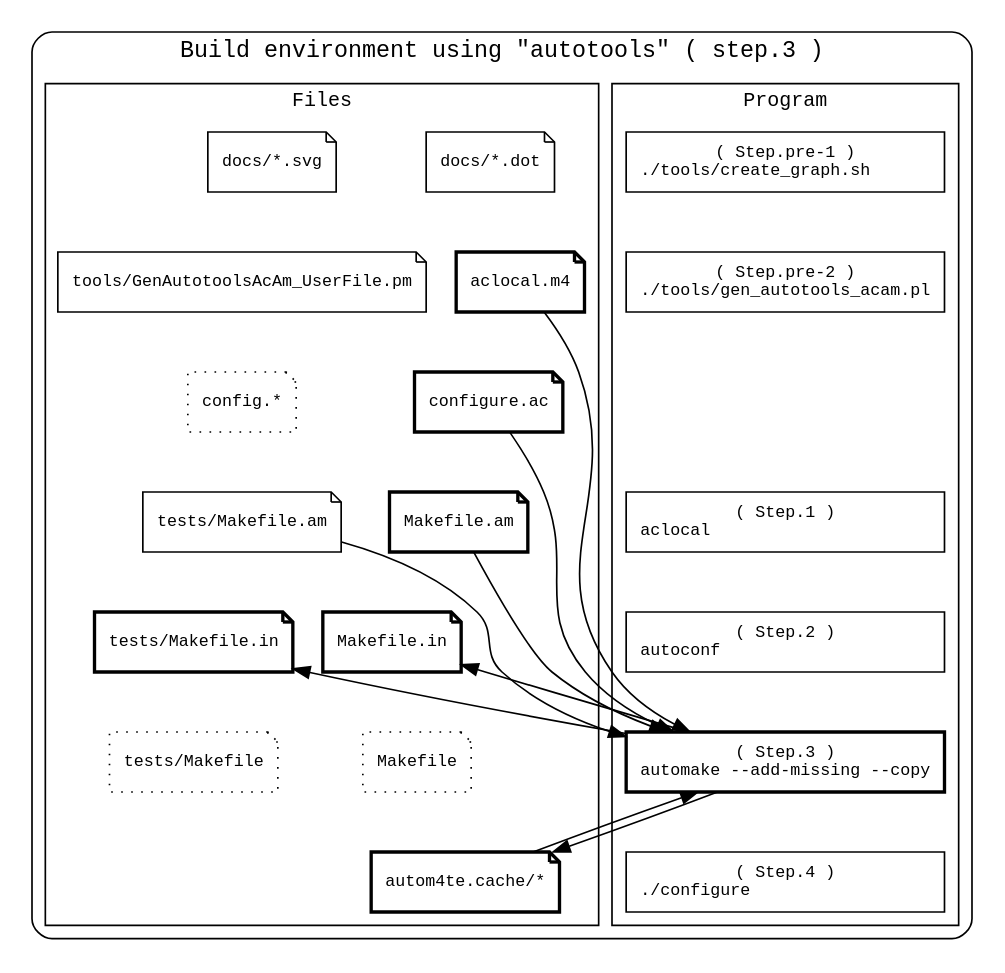
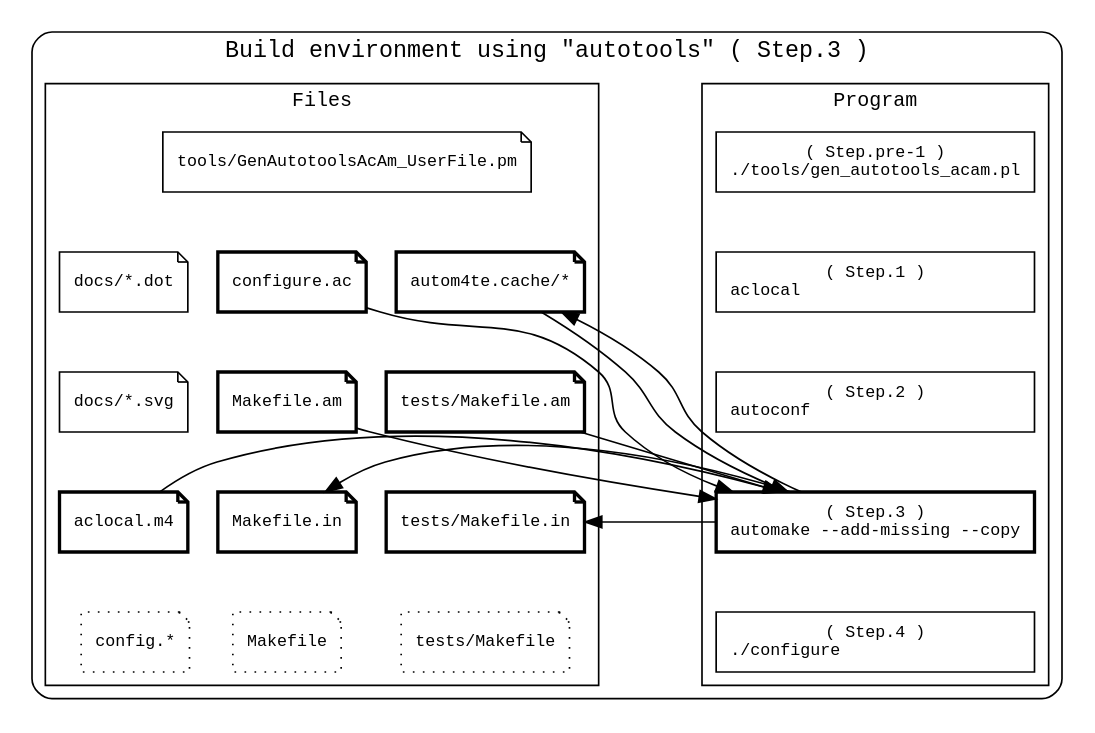
One commit to tomyama-code/tomyama_script_collection changed the diagram in docs/devel_step_1_3.dot. Above: the diagram before and after it, drawn with Graphviz. The commit also changed 26 other files, not shown here.

```diff
--- a/docs/devel_step_1_3.dot
+++ b/docs/devel_step_1_3.dot
@@ -1,84 +1,89 @@
-// File: docs/devel_step_1_3.dot
+// File: docs/devel_step_0.dot
 // Author: tomyama
 // Purpose: Development workflow diagram
 
 digraph physical_directory_structure {
     newrank=true
     constraint=false
 
     // 全体に等幅フォントを適用
     //   ex) "monospace", "Courier", "Courier New", "Consolas", "Monaco"
     graph [fontname="monospace"]
     node  [fontname="monospace", fontsize=10, penwidth=1]
     edge  [fontname="monospace"]
 
     // 図全体を囲うクラスタ
     subgraph cluster_all {
 
-        label = "Build environment using \"autotools\" ( step.3 )"
+        label = "Build environment using \"autotools\" ( Step.3 )"
         style = "rounded"   // 角を丸くする
         color = "black"     // 枠線の色
         penwidth = 1        // 枠線の太さ
 
         // プログラム
         subgraph cluster_program {
             label = "Program"
             style = "solid"
             penwidth = 1        // 枠線の太さ
             fontsize=12
             {
                 edge [style=invis];
-                program01 -> program02 -> program99 -> program03 -> program04 -> program05 -> program06
+                program01 -> program02 -> program03 -> program04 -> program05
             }
-            program01 [shape=box, style=solid , label="( Step.pre-1 )\n./tools/create_graph.sh      "]
-            program02 [shape=box, style=solid , label="( Step.pre-2 )\n./tools/gen_autotools_acam.pl"]
-            program99 [shape=box, style=invis]
-            program03 [shape=box, style=solid , label="( Step.1 )\naclocal                      "]
-            program04 [shape=box, style=solid , label="( Step.2 )\nautoconf                     "]
-            program05 [shape=box, style=solid , label="( Step.3 )\nautomake --add-missing --copy", penwidth=2]
-            program06 [shape=box, style=solid , label="( Step.4 )\n./configure                  "]
+            program01 [shape=box, style=solid , label="( Step.pre-1 )\n./tools/gen_autotools_acam.pl"]
+            program02 [shape=box, style=solid , label="( Step.1 )\naclocal                      "]
+            program03 [shape=box, style=solid , label="( Step.2 )\nautoconf                     "]
+            program04 [shape=box, style=solid , label="( Step.3 )\nautomake --add-missing --copy", penwidth=2]
+            program05 [shape=box, style=solid , label="( Step.4 )\n./configure                  "]
         }
 
         // ファイル
         subgraph cluster_file {
             label = "Files"
             style = "solid"
             penwidth = 1        // 枠線の太さ
             fontsize=12
             {
                 edge [style=invis];
-                file01 -> file02 -> file03 -> file04 -> file05 -> file06 -> file07
-                file08 -> file09 -> file10 -> file11 -> file12 -> file13
-                file01 -> file08
+                file13 -> file01 -> file02 -> file03 -> file04
+                file13 -> file05 -> file06 -> file07 -> file08
+                file13 -> file09 -> file10 -> file11 -> file12
             }
+
+            file13 [shape=note, style=solid , label="tools/GenAutotoolsAcAm_UserFile.pm"]
             file01 [shape=note, style=solid , label="docs/*.dot"]
-            file02 [shape=note, style=solid , label="aclocal.m4", penwidth=2]
-            file03 [shape=note, style=solid , label="configure.ac", penwidth=2]
-            file04 [shape=note, style=solid , label="Makefile.am", penwidth=2]
-            file05 [shape=note, style=solid , label="Makefile.in", penwidth=2]
-            file06 [shape=note, style=dotted, label="Makefile"]
-            file07 [shape=note, style=solid , label="autom4te.cache/*", penwidth=2]
-            file08 [shape=note, style=solid , label="docs/*.svg"]
-            file09 [shape=note, style=solid , label="tools/GenAutotoolsAcAm_UserFile.pm"]
-            file10 [shape=note, style=dotted, label="config.*"]
-            file11 [shape=note, style=solid , label="tests/Makefile.am"]
-            file12 [shape=note, style=solid , label="tests/Makefile.in", penwidth=2]
-            file13 [shape=note, style=dotted, label="tests/Makefile"]
+            file02 [shape=note, style=solid , label="docs/*.svg"]
+            file03 [shape=note, style=solid , label="aclocal.m4", penwidth=2]
+            file04 [shape=note, style=dotted, label="config.*"]
+            file05 [shape=note, style=solid , label="configure.ac", penwidth=2]
+            file06 [shape=note, style=solid , label="Makefile.am", penwidth=2]
+            file07 [shape=note, style=solid , label="Makefile.in", penwidth=2]
+            file08 [shape=note, style=dotted, label="Makefile"]
+            file09 [shape=note, style=solid  , label="autom4te.cache/*", penwidth=2]
+            file10 [shape=note, style=solid , label="tests/Makefile.am", penwidth=2]
+            file11 [shape=note, style=solid , label="tests/Makefile.in", penwidth=2]
+            file12 [shape=note, style=dotted, label="tests/Makefile"]
         }
 
-        {rank=same; program01; file01; file08}
-        {rank=same; program02; file02; file09}
-        {rank=same; program99; file03; file10}
-        {rank=same; program03; file04; file11}
-        {rank=same; program04; file05; file12}
-        {rank=same; program05; file06; file13}
+        {
+            edge [style=invis];
+            file13 -> program01
+            file01 -> file05 -> file09 -> program02
+            file02 -> file06 -> file10 -> program03
+            file03 -> file07 -> file11 -> program04
+            file04 -> file08 -> file12 -> program05
+        }
+        {rank=same; program01; file13}
+        {rank=same; program02; file01; file05; file09}
+        {rank=same; program03; file02; file06; file10}
+        {rank=same; program04; file03; file07; file11}
+        {rank=same; program05; file04; file08; file12}
 
         // スクリプトとドキュメントの関係
-        file02 -> program05
-        file03 -> program05
-        file04 -> program05 -> file05
-        file11 -> program05 -> file12
-        program05 -> file07
-        file07 -> program05
+        file03 -> program04
+        file05 -> program04
+        file06 -> program04 -> file07
+        file10 -> program04 -> file11
+        file09 -> program04 -> file09
     }
 }
```
